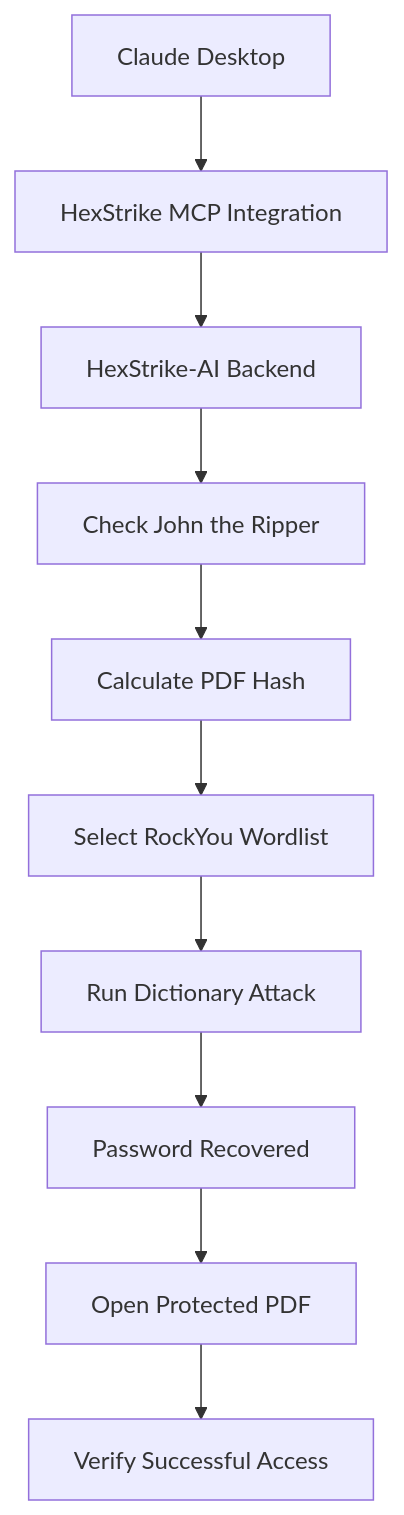
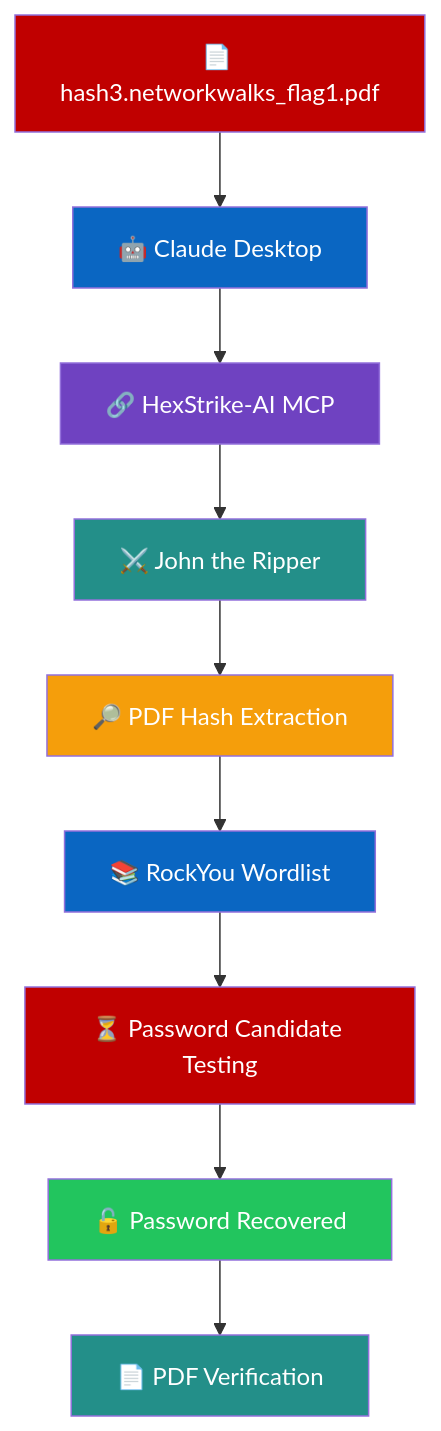
The fifth of 5 diagrams in README.md (Nida-I-Khedekar/Cracking-Attacking-on-multiple-targets-using-multiple-tools-techniques), drawn with Mermaid before and after one commit. The commit also changed other lines of this file, not shown here.

````diff
--- a/README.md
+++ b/README.md
@@ -763,22 +702,40 @@
 ```mermaid
 flowchart TD
-    A[Claude Desktop]
-    B[HexStrike MCP Integration]
-    C[HexStrike-AI Backend]
-    D[Check John the Ripper]
-    E[Calculate PDF Hash]
-    F[Select RockYou Wordlist]
-    G[Run Dictionary Attack]
-    H[Password Recovered]
-    I[Open Protected PDF]
-    J[Verify Successful Access]
 
-    A --> B --> C
+    A["📄 hash3.networkwalks_flag1.pdf"]
+
+    B["🤖 Claude Desktop"]
+
+    C["🔗 HexStrike-AI MCP"]
+
+    D["⚔️ John the Ripper"]
+
+    E["🔎 PDF Hash Extraction"]
+
+    F["📚 RockYou Wordlist"]
+
+    G["⏳ Password Candidate Testing"]
+
+    H["🔓 Password Recovered"]
+
+    I["📄 PDF Verification"]
+
+    A --> B
+    B --> C
     C --> D
     D --> E
     E --> F
     F --> G
     G --> H
     H --> I
-    I --> J
+
+    style A fill:#C00000,color:#fff
+    style B fill:#0A66C2,color:#fff
+    style C fill:#6F42C1,color:#fff
+    style D fill:#238F89,color:#fff
+    style E fill:#F59E0B,color:#fff
+    style F fill:#0A66C2,color:#fff
+    style G fill:#C00000,color:#fff
+    style H fill:#22C55E,color:#fff
+    style I fill:#238F89,color:#fff
 ```
````
